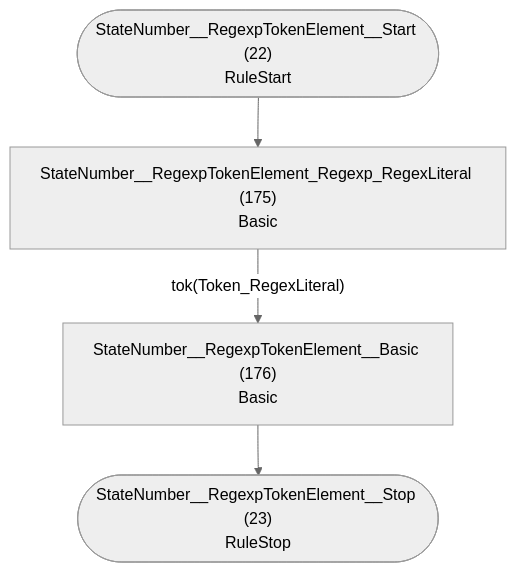
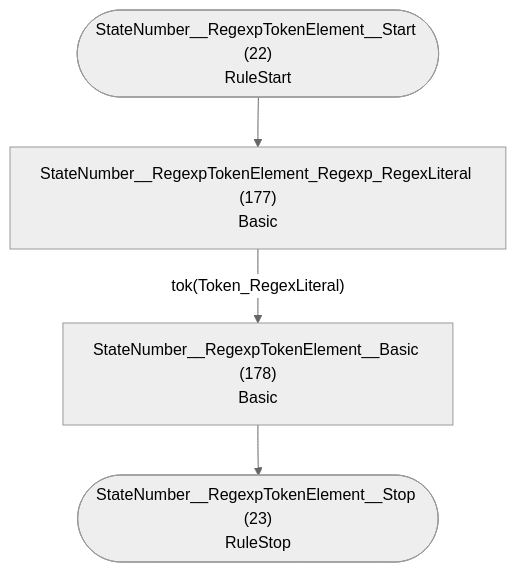
Diagram 12 of 37 in internal/grammar/atn.md (TypeFox/fastbelt), drawn with Mermaid (neutral theme) before and after one commit. The commit also changed other lines of this file and 10 other files, not shown here.

````diff
--- a/internal/grammar/atn.md
+++ b/internal/grammar/atn.md
@@ -343,11 +343,11 @@
 ```mermaid
 flowchart TD
     q22(["StateNumber__RegexpTokenElement__Start (22)<br/>RuleStart"])
     q23(["StateNumber__RegexpTokenElement__Stop (23)<br/>RuleStop"])
-    q175["StateNumber__RegexpTokenElement_Regexp_RegexLiteral (175)<br/>Basic<br/>"]
-    q176["StateNumber__RegexpTokenElement__Basic (176)<br/>Basic<br/>"]
+    q177["StateNumber__RegexpTokenElement_Regexp_RegexLiteral (177)<br/>Basic<br/>"]
+    q178["StateNumber__RegexpTokenElement__Basic (178)<br/>Basic<br/>"]
 
-    q22 --> q175
-    q175 -->|"tok(Token_RegexLiteral)"| q176
-    q176 --> q23
+    q22 --> q177
+    q177 -->|"tok(Token_RegexLiteral)"| q178
+    q178 --> q23
 ```
````
